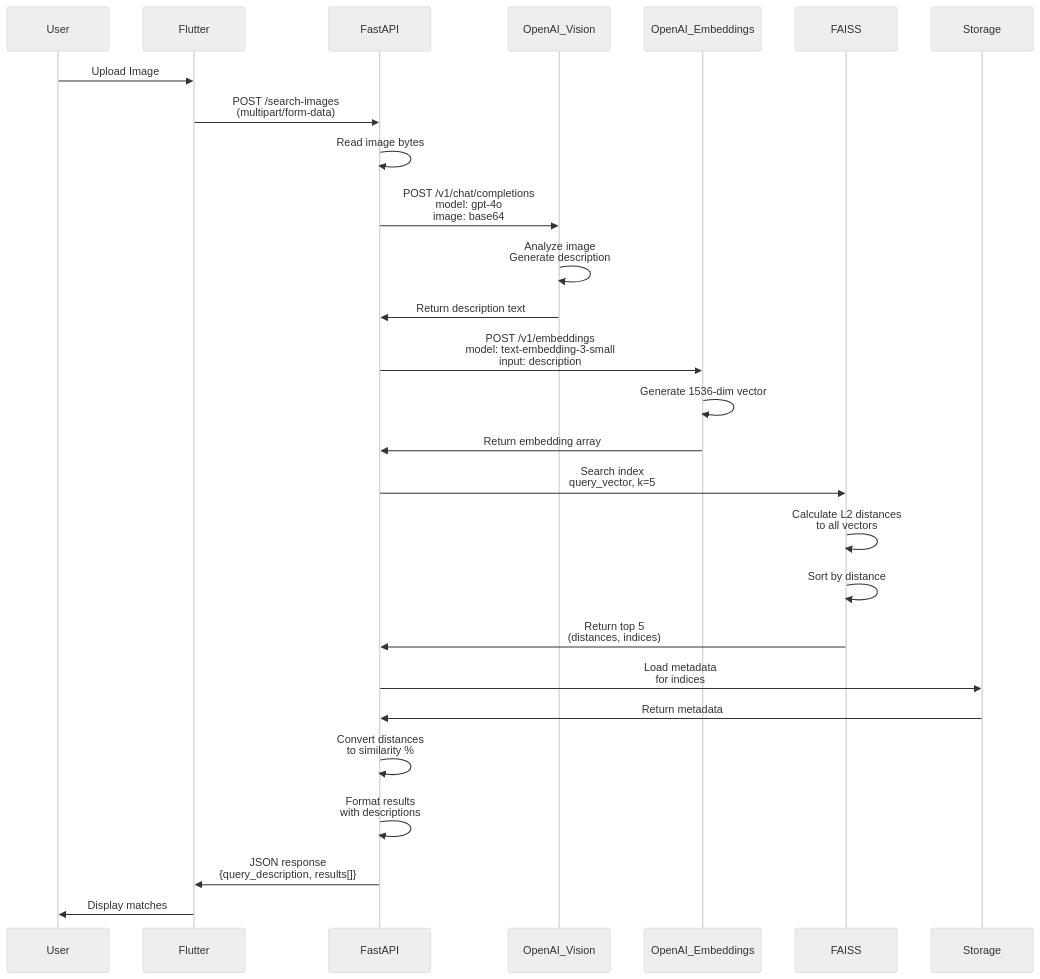
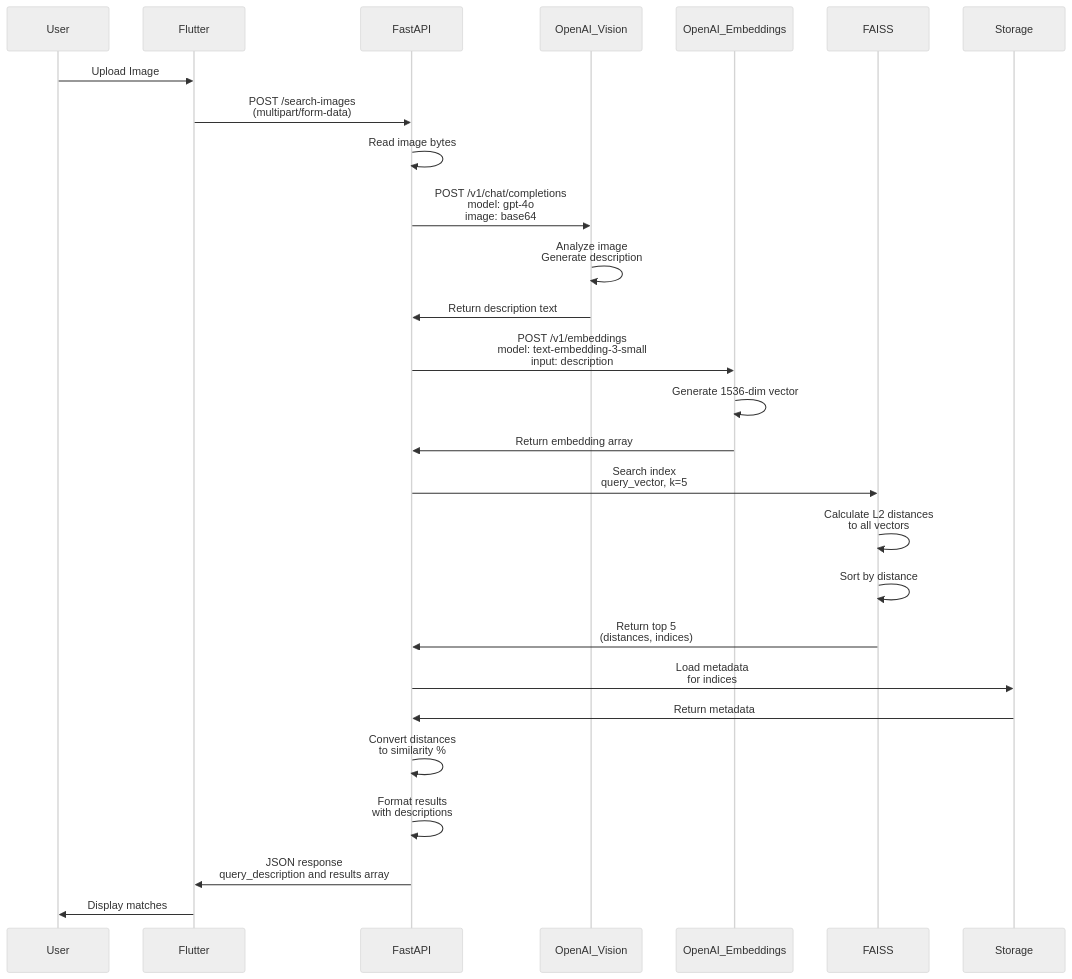
Before and after one commit to Yegmina/JUNCTION2025: the seventh of 9 diagrams in BACKEND_ARCHITECTURE_DIAGRAM.md, drawn with Mermaid (neutral theme). The commit also changed other lines of this file, not shown here.

Commit message:
Fix Mermaid parsing error: replace square brackets with text in diagram labels

````diff
--- a/BACKEND_ARCHITECTURE_DIAGRAM.md
+++ b/BACKEND_ARCHITECTURE_DIAGRAM.md
@@ -334,35 +334,35 @@
 ```mermaid
 sequenceDiagram
     participant User
     participant Flutter
     participant FastAPI
     participant OpenAI_Vision
     participant OpenAI_Embeddings
     participant FAISS
     participant Storage
 
     User->>Flutter: Upload Image
     Flutter->>FastAPI: POST /search-images<br/>(multipart/form-data)
     
     FastAPI->>FastAPI: Read image bytes
     FastAPI->>OpenAI_Vision: POST /v1/chat/completions<br/>model: gpt-4o<br/>image: base64
     OpenAI_Vision->>OpenAI_Vision: Analyze image<br/>Generate description
     OpenAI_Vision->>FastAPI: Return description text
     
     FastAPI->>OpenAI_Embeddings: POST /v1/embeddings<br/>model: text-embedding-3-small<br/>input: description
     OpenAI_Embeddings->>OpenAI_Embeddings: Generate 1536-dim vector
     OpenAI_Embeddings->>FastAPI: Return embedding array
     
     FastAPI->>FAISS: Search index<br/>query_vector, k=5
     FAISS->>FAISS: Calculate L2 distances<br/>to all vectors
     FAISS->>FAISS: Sort by distance
     FAISS->>FastAPI: Return top 5<br/>(distances, indices)
     
     FastAPI->>Storage: Load metadata<br/>for indices
     Storage->>FastAPI: Return metadata
     
     FastAPI->>FastAPI: Convert distances<br/>to similarity %
     FastAPI->>FastAPI: Format results<br/>with descriptions
-    FastAPI->>Flutter: JSON response<br/>{query_description, results[]}
+    FastAPI->>Flutter: JSON response<br/>query_description and results array
     Flutter->>User: Display matches
 ```
````
